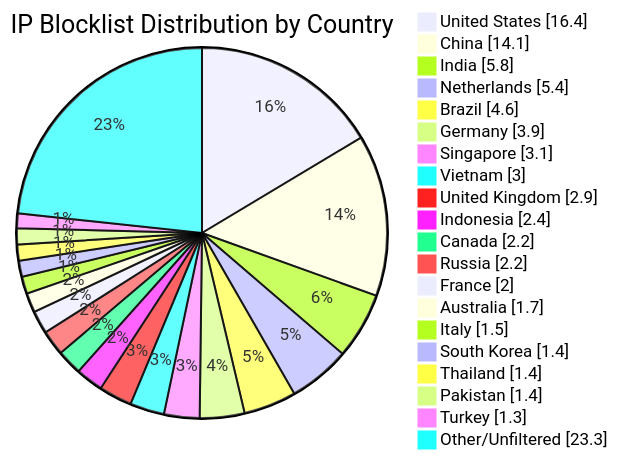
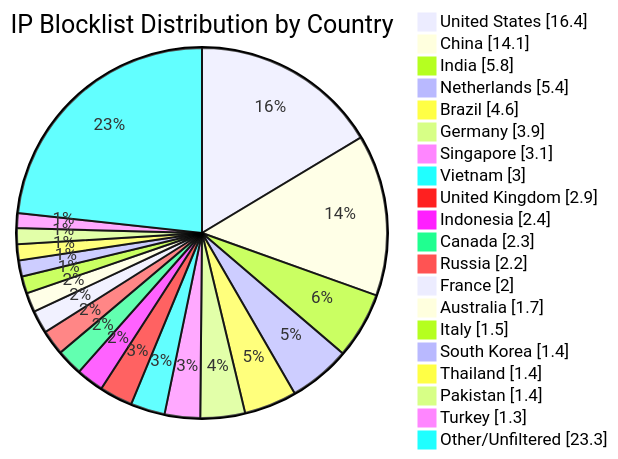
The diagram in README.md (dewdmadbro/ip-blocklist-dewd), drawn with Mermaid before and after one commit. The commit also changed other lines of this file and 53 other files, not shown here.

````diff
--- a/README.md
+++ b/README.md
@@ -34,23 +34,23 @@
 ```mermaid
 pie showData title IP Blocklist Distribution by Country
 "United States" : 16.4
 "China" : 14.1
 "India" : 5.8
 "Netherlands" : 5.4
 "Brazil" : 4.6
 "Germany" : 3.9
 "Singapore" : 3.1
 "Vietnam" : 3.0
 "United Kingdom" : 2.9
 "Indonesia" : 2.4
-"Canada" : 2.2
+"Canada" : 2.3
 "Russia" : 2.2
 "France" : 2.0
 "Australia" : 1.7
 "Italy" : 1.5
 "South Korea" : 1.4
 "Thailand" : 1.4
 "Pakistan" : 1.4
 "Turkey" : 1.3
 "Other/Unfiltered" : 23.3
 ```
````
